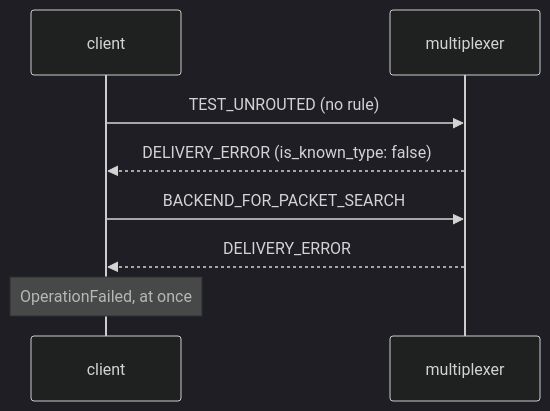
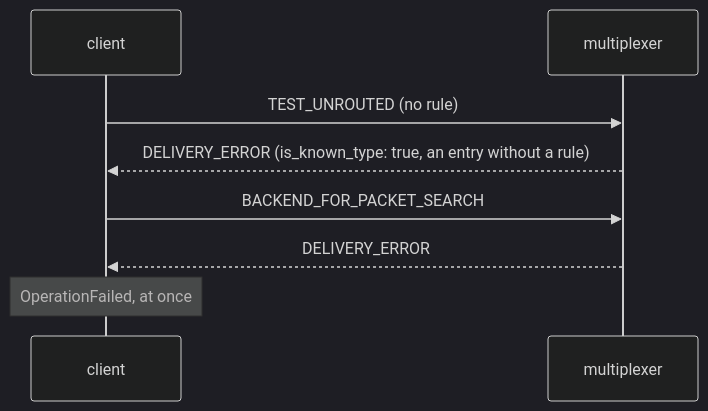
Before and after one commit to kulewski/multiplexer: the diagram in tests/scenarios/unrouted_type/README.md, drawn with Mermaid (dark theme). The commit also changed 71 other files, not shown here.

````diff
--- a/tests/scenarios/unrouted_type/README.md
+++ b/tests/scenarios/unrouted_type/README.md
@@ -11,10 +11,10 @@
 ```mermaid
 sequenceDiagram
     participant C as client
     participant M as multiplexer
     C->>M: TEST_UNROUTED (no rule)
-    M-->>C: DELIVERY_ERROR (is_known_type: false)
+    M-->>C: DELIVERY_ERROR (is_known_type: true, an entry without a rule)
     C->>M: BACKEND_FOR_PACKET_SEARCH
     M-->>C: DELIVERY_ERROR
     Note over C: OperationFailed, at once
 ```
````
